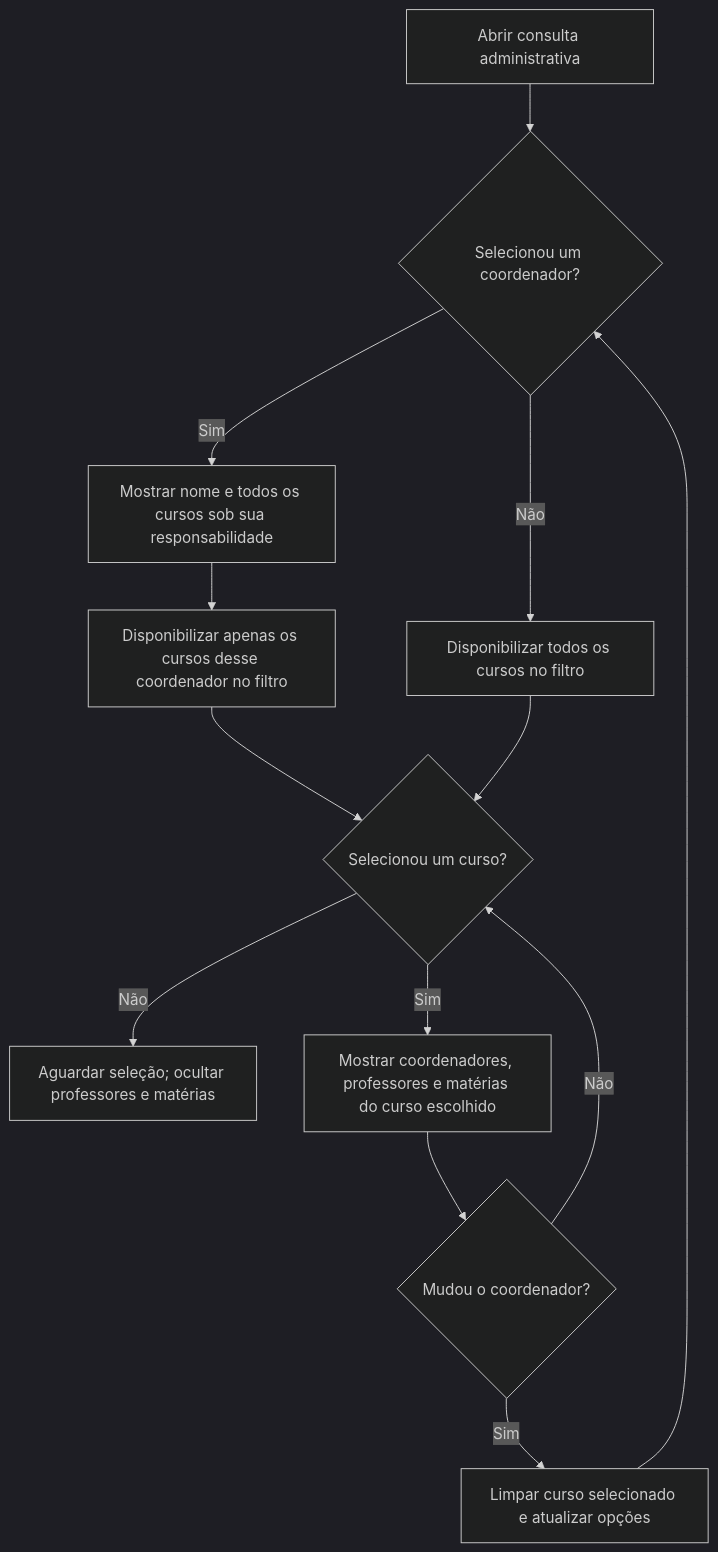
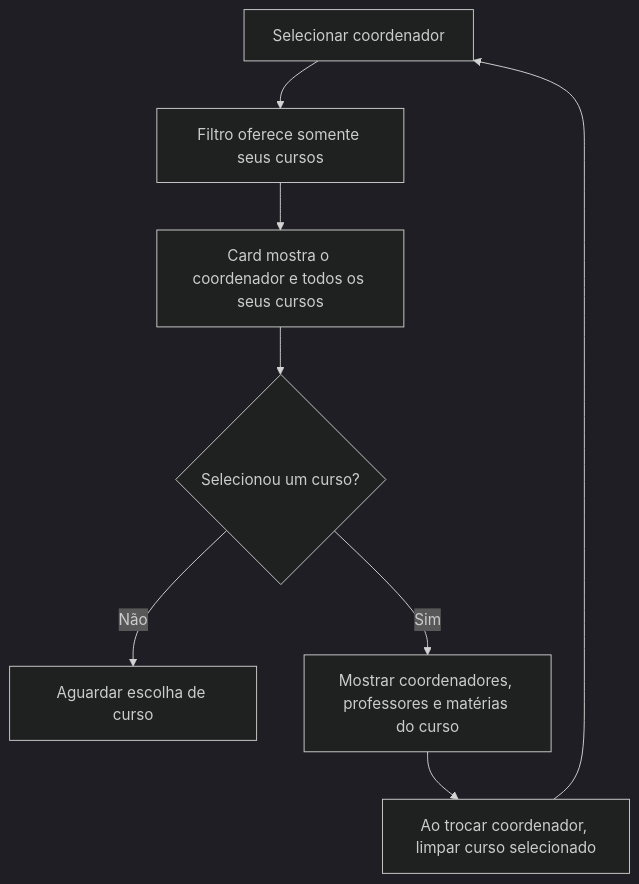
Before and after one commit to Jade46-prog/projeto-integrado-II-III: the third of 7 diagrams in docs/FLUXOGRAMAS.md, drawn with Mermaid (dark theme). The commit also changed other lines of this file and 109 other files, not shown here.

````diff
--- a/docs/FLUXOGRAMAS.md
+++ b/docs/FLUXOGRAMAS.md
@@ -72,15 +57,10 @@
 ```mermaid
 flowchart TD
-    Inicio["Abrir consulta administrativa"] --> Coordenador{"Selecionou um coordenador?"}
-    Coordenador -->|Sim| Card["Mostrar nome e todos os cursos sob sua responsabilidade"]
-    Card --> Restritos["Disponibilizar apenas os cursos desse coordenador no filtro"]
-    Coordenador -->|Não| Todos["Disponibilizar todos os cursos no filtro"]
-    Restritos --> Curso{"Selecionou um curso?"}
-    Todos --> Curso
-    Curso -->|Não| Aguardar["Aguardar seleção; ocultar professores e matérias"]
-    Curso -->|Sim| Detalhes["Mostrar coordenadores, professores e matérias do curso escolhido"]
-    Detalhes --> Troca{"Mudou o coordenador?"}
-    Troca -->|Sim| Limpar["Limpar curso selecionado e atualizar opções"]
-    Limpar --> Coordenador
-    Troca -->|Não| Curso
+    Filtro["Selecionar coordenador"] --> Cursos["Filtro oferece somente seus cursos"]
+    Cursos --> Card["Card mostra o coordenador e todos os seus cursos"]
+    Card --> Escolha{"Selecionou um curso?"}
+    Escolha -->|Não| Aguardar["Aguardar escolha de curso"]
+    Escolha -->|Sim| Detalhes["Mostrar coordenadores, professores e matérias do curso"]
+    Detalhes --> Troca["Ao trocar coordenador, limpar curso selecionado"]
+    Troca --> Filtro
 ```
````
